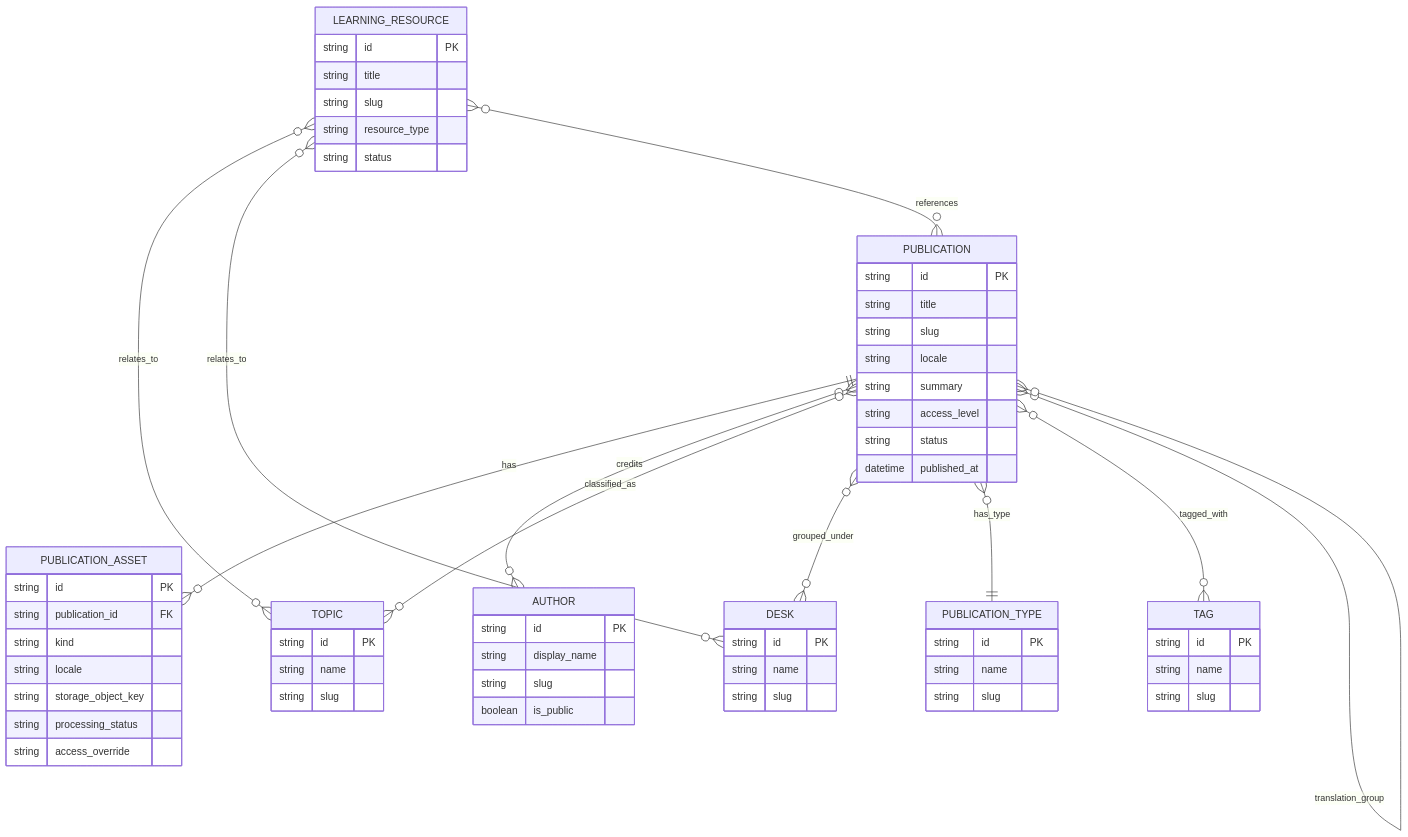
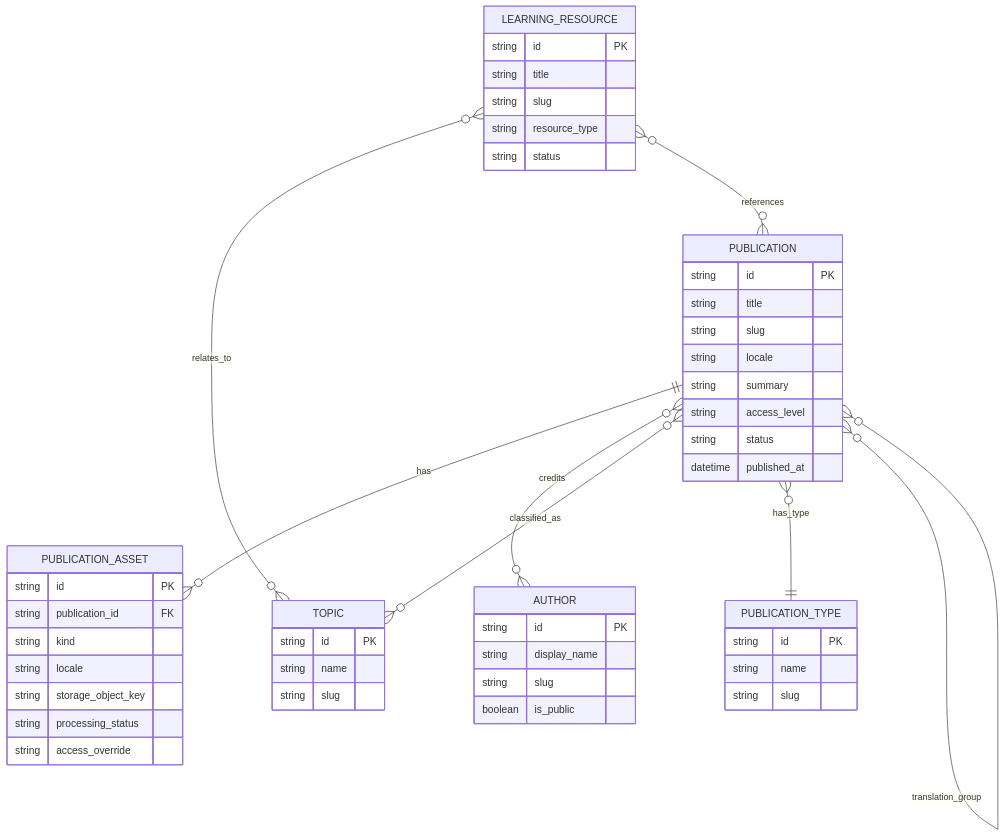
One commit to mahira-id/mahira-foundation changed the first of 2 diagrams in docs/architecture/ERD.md. Above: the diagram before and after it, drawn with Mermaid. The commit also changed other lines of this file and 16 other files, not shown here.

````diff
--- a/docs/architecture/ERD.md
+++ b/docs/architecture/ERD.md
@@ -8,66 +8,53 @@
 ```mermaid
 erDiagram
   PUBLICATION ||--o{ PUBLICATION_ASSET : has
   PUBLICATION }o--o{ AUTHOR : credits
   PUBLICATION }o--o{ TOPIC : classified_as
-  PUBLICATION }o--o{ DESK : grouped_under
   PUBLICATION }o--|| PUBLICATION_TYPE : has_type
-  PUBLICATION }o--o{ TAG : tagged_with
   PUBLICATION }o--o{ PUBLICATION : translation_group
   LEARNING_RESOURCE }o--o{ TOPIC : relates_to
-  LEARNING_RESOURCE }o--o{ DESK : relates_to
   LEARNING_RESOURCE }o--o{ PUBLICATION : references
 
   PUBLICATION {
     string id PK
     string title
     string slug
     string locale
     string summary
     string access_level
     string status
     datetime published_at
   }
   PUBLICATION_ASSET {
     string id PK
     string publication_id FK
     string kind
     string locale
     string storage_object_key
     string processing_status
     string access_override
   }
   AUTHOR {
     string id PK
     string display_name
     string slug
     boolean is_public
   }
   TOPIC {
     string id PK
     string name
     string slug
   }
-  DESK {
-    string id PK
-    string name
-    string slug
-  }
   PUBLICATION_TYPE {
-    string id PK
-    string name
-    string slug
-  }
-  TAG {
     string id PK
     string name
     string slug
   }
   LEARNING_RESOURCE {
     string id PK
     string title
     string slug
     string resource_type
     string status
   }
 ```
````
